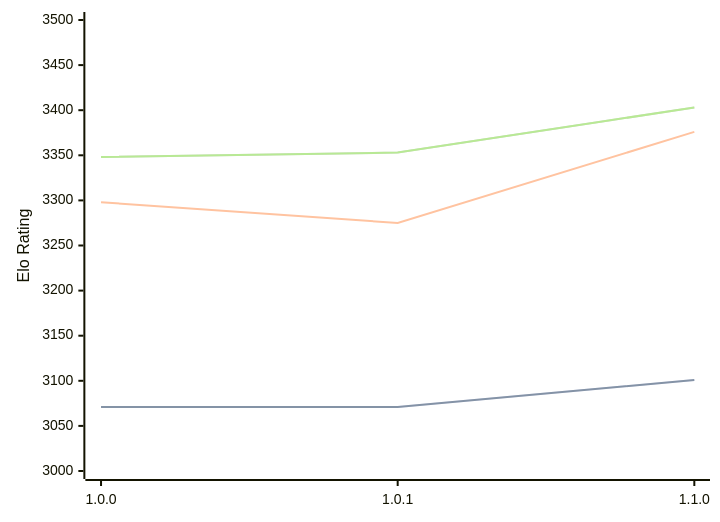
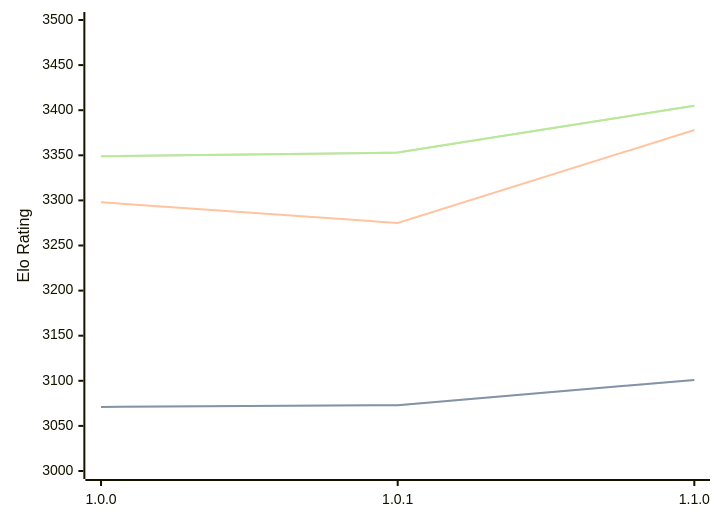
Before and after one commit to computer-chess-index/cci: the diagram in engines/Ursus.md, drawn with Mermaid. The commit also changed other lines of this file, not shown here.

Commit message:
Update CCI Ratings (ELO VLTC) - 2026-09-16

````diff
--- a/engines/Ursus.md
+++ b/engines/Ursus.md
@@ -33,11 +33,11 @@
 ```mermaid
 %%{init: {"theme":"base","themeVariables":{"seriesColors:['#a3a3a3','#222221','#faa371']}}}%%
 xychart-beta
   x-axis ["1.0.0", "1.0.1", "1.1.0"]
   y-axis "Elo Rating" 3000 --> 3500
-  line "" [3071, 3071, 3101]
-  line "STC (8.0+0.08s)" [3071, 3071, 3101]
-  line "LTC (60.0+0.60s)" [3298, 3275, 3376]
-  line "" [3348, 3353, 3403]
-  line "VLTC (2m24s+1.12s)" [3348, 3353, 3403]
+  line "" [3071, 3073, 3101]
+  line "STC (8.0+0.08s)" [3071, 3073, 3101]
+  line "LTC (60.0+0.60s)" [3298, 3275, 3378]
+  line "" [3349, 3353, 3405]
+  line "VLTC (2m24s+1.12s)" [3349, 3353, 3405]
 ```
````
